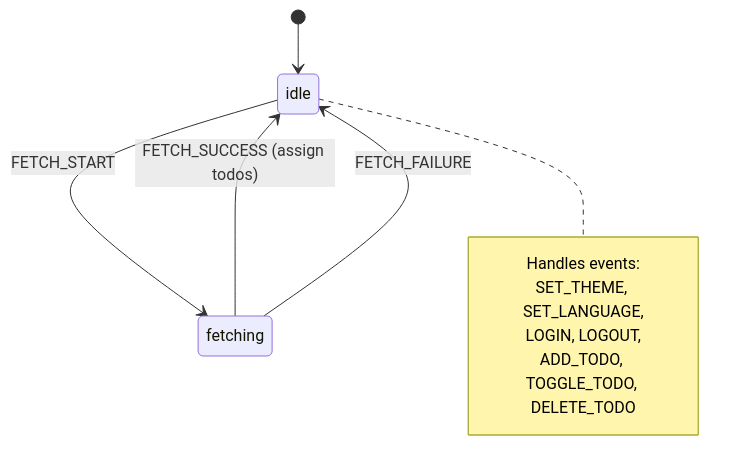
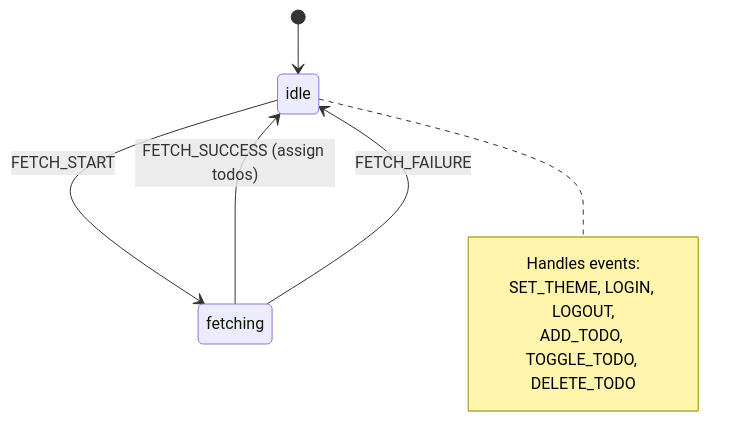
One commit to kumaratul60/System-Design changed the diagram in LLD/packages/state-engines/src/4-xstate/README.md. Above: the diagram before and after it, drawn with Mermaid. The commit also changed 40 other files, not shown here.

````diff
--- a/LLD/packages/state-engines/src/4-xstate/README.md
+++ b/LLD/packages/state-engines/src/4-xstate/README.md
@@ -34,14 +34,13 @@
 ```mermaid
 stateDiagram-v2
     [*] --> idle
     idle --> fetching : FETCH_START
     fetching --> idle : FETCH_SUCCESS (assign todos)
     fetching --> idle : FETCH_FAILURE
     
     note right of idle
       Handles events:
-      SET_THEME, SET_LANGUAGE,
-      LOGIN, LOGOUT,
+      SET_THEME, LOGIN, LOGOUT,
       ADD_TODO, TOGGLE_TODO, DELETE_TODO
     end note
 ```
````
